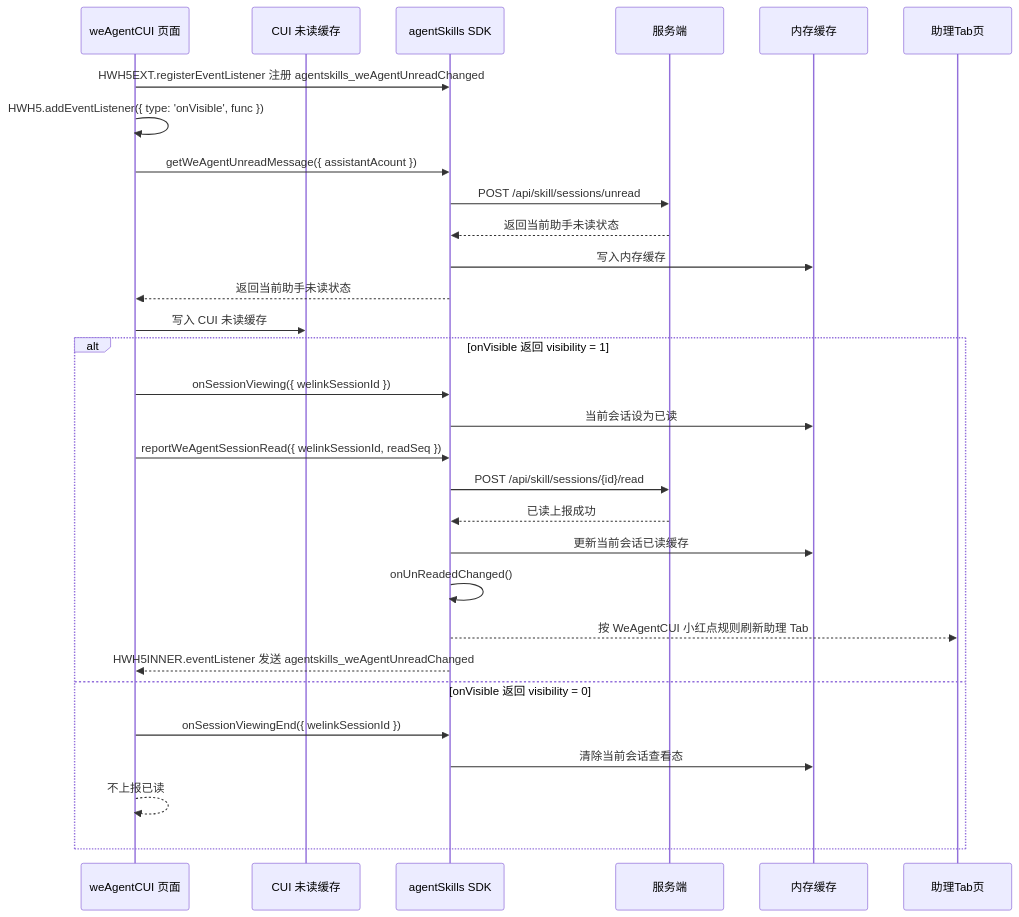
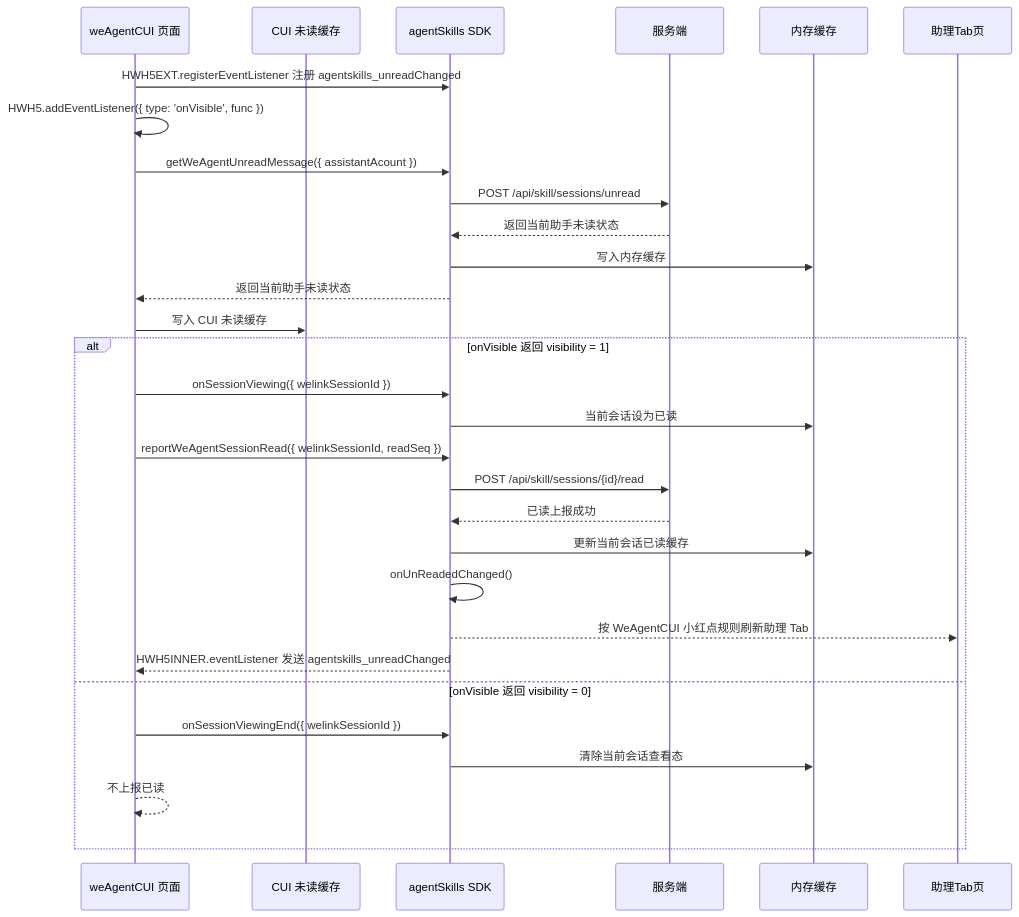
The sixth of 10 diagrams in 2026-06-11-we-agent-tab-unread-red-dot-plan.md (Abelsjcheng/skillSDK), drawn with Mermaid before and after one commit. The commit also changed other lines of this file and 53 other files, not shown here.

````diff
--- a/2026-06-11-we-agent-tab-unread-red-dot-plan.md
+++ b/2026-06-11-we-agent-tab-unread-red-dot-plan.md
@@ -270,33 +270,33 @@
 ```mermaid
 sequenceDiagram
     participant CUI as weAgentCUI 页面
     participant CUICache as CUI 未读缓存
     participant SDK as agentSkills SDK
     participant Server as 服务端
     participant Memory as 内存缓存
     participant Tab as 助理Tab页
 
-    CUI->>SDK: HWH5EXT.registerEventListener 注册 agentskills_weAgentUnreadChanged
+    CUI->>SDK: HWH5EXT.registerEventListener 注册 agentskills_unreadChanged
     CUI->>CUI: HWH5.addEventListener({ type: 'onVisible', func })
     CUI->>SDK: getWeAgentUnreadMessage({ assistantAcount })
     SDK->>Server: POST /api/skill/sessions/unread
     Server-->>SDK: 返回当前助手未读状态
     SDK->>Memory: 写入内存缓存
     SDK-->>CUI: 返回当前助手未读状态
     CUI->>CUICache: 写入 CUI 未读缓存
     alt onVisible 返回 visibility = 1
         CUI->>SDK: onSessionViewing({ welinkSessionId })
         SDK->>Memory: 当前会话设为已读
         CUI->>SDK: reportWeAgentSessionRead({ welinkSessionId, readSeq })
         SDK->>Server: POST /api/skill/sessions/{id}/read
         Server-->>SDK: 已读上报成功
         SDK->>Memory: 更新当前会话已读缓存
         SDK->>SDK: onUnReadedChanged()
         SDK-->>Tab: 按 WeAgentCUI 小红点规则刷新助理 Tab
-        SDK-->>CUI: HWH5INNER.eventListener 发送 agentskills_weAgentUnreadChanged
+        SDK-->>CUI: HWH5INNER.eventListener 发送 agentskills_unreadChanged
     else onVisible 返回 visibility = 0
         CUI->>SDK: onSessionViewingEnd({ welinkSessionId })
         SDK->>Memory: 清除当前会话查看态
         CUI-->>CUI: 不上报已读
     end
 ```
````
